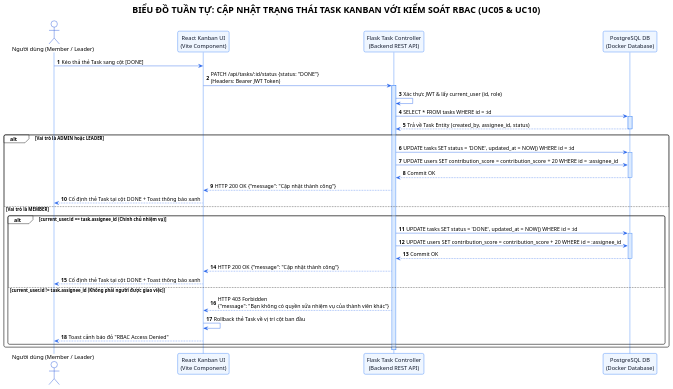
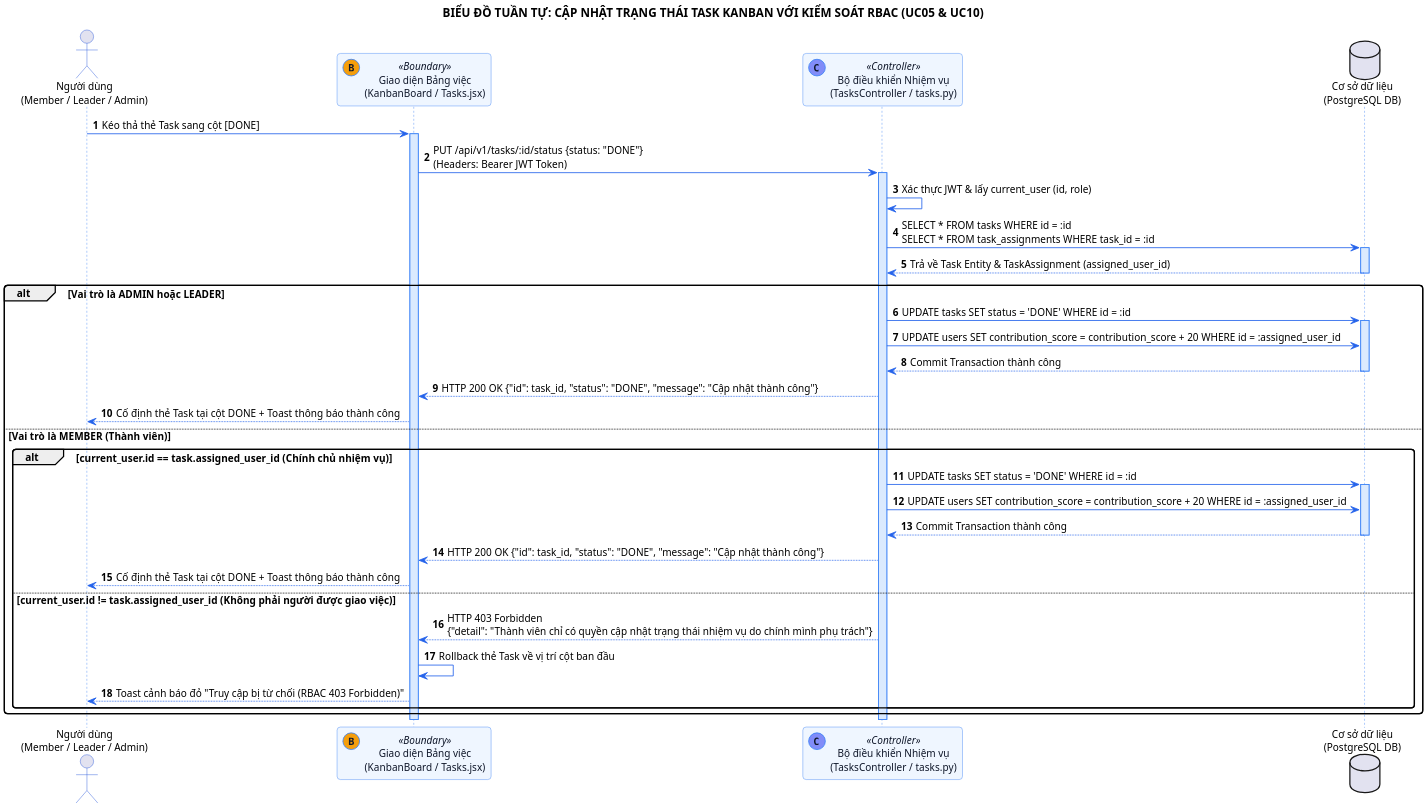
The diagram in docs/plantuml/sequence_kanban_rbac.puml (nda2801/Student_Club_Management), drawn with PlantUML before and after one commit. The commit also changed 310 other files, not shown here.

Commit message:
docs: update SDLC documentation, AI proofs, diagrams and system configuration

```diff
--- a/docs/plantuml/sequence_kanban_rbac.puml
+++ b/docs/plantuml/sequence_kanban_rbac.puml
@@ -1,64 +1,70 @@
 @startuml sequence_kanban_rbac
-!theme plain
 skinparam backgroundColor #FFFFFF
 skinparam shadowing false
 skinparam roundcorner 8
 skinparam defaultFontName "Segoe UI"
+skinparam defaultFontSize 12
+skinparam dpi 200
 
 skinparam sequence {
     ArrowColor #2563EB
     ActorBorderColor #1D4ED8
     LifeLineBorderColor #3B82F6
     LifeLineBackgroundColor #DBEAFE
     ParticipantBorderColor #3B82F6
     ParticipantBackgroundColor #EFF6FF
     ParticipantFontColor #0F172A
+    DatabaseBorderColor #475569
+    DatabaseBackgroundColor #F8FAFC
 }
 
 title **BIỂU ĐỒ TUẦN TỰ: CẬP NHẬT TRẠNG THÁI TASK KANBAN VỚI KIỂM SOÁT RBAC (UC05 & UC10)**
 
 autonumber
-actor "Người dùng (Member / Leader)" as User
-participant "React Kanban UI\n(Vite Component)" as UI
-participant "Flask Task Controller\n(Backend REST API)" as Controller
-participant "PostgreSQL DB\n(Docker Database)" as DB
+actor "Người dùng\n(Member / Leader / Admin)" as User
+participant "Giao diện Bảng việc\n(KanbanBoard / Tasks.jsx)" as UI << (B,#F59E0B) Boundary >>
+participant "Bộ điều khiển Nhiệm vụ\n(TasksController / tasks.py)" as TaskCtrl << (C,#818CF8) Controller >>
+database "Cơ sở dữ liệu\n(PostgreSQL DB)" as DB
 
 User -> UI : Kéo thả thẻ Task sang cột [DONE]
-UI -> Controller : PATCH /api/tasks/:id/status {status: "DONE"}\n(Headers: Bearer JWT Token)
+activate UI
 
-activate Controller
-Controller -> Controller : Xác thực JWT & lấy current_user (id, role)
+UI -> TaskCtrl : PUT /api/v1/tasks/:id/status {status: "DONE"}\n(Headers: Bearer JWT Token)
+activate TaskCtrl
 
-Controller -> DB : SELECT * FROM tasks WHERE id = :id
+TaskCtrl -> TaskCtrl : Xác thực JWT & lấy current_user (id, role)
+
+TaskCtrl -> DB : SELECT * FROM tasks WHERE id = :id\nSELECT * FROM task_assignments WHERE task_id = :id
 activate DB
-DB --> Controller : Trả về Task Entity (created_by, assignee_id, status)
+DB --> TaskCtrl : Trả về Task Entity & TaskAssignment (assigned_user_id)
 deactivate DB
 
 alt Vai trò là ADMIN hoặc LEADER
-    Controller -> DB : UPDATE tasks SET status = 'DONE', updated_at = NOW() WHERE id = :id
+    TaskCtrl -> DB : UPDATE tasks SET status = 'DONE' WHERE id = :id
     activate DB
-    Controller -> DB : UPDATE users SET contribution_score = contribution_score + 20 WHERE id = :assignee_id
-    DB --> Controller : Commit OK
+    TaskCtrl -> DB : UPDATE users SET contribution_score = contribution_score + 20 WHERE id = :assigned_user_id
+    DB --> TaskCtrl : Commit Transaction thành công
     deactivate DB
     
-    Controller --> UI : HTTP 200 OK {"message": "Cập nhật thành công"}
-    UI --> User : Cố định thẻ Task tại cột DONE + Toast thông báo xanh
-else Vai trò là MEMBER
-    alt current_user.id == task.assignee_id (Chính chủ nhiệm vụ)
-        Controller -> DB : UPDATE tasks SET status = 'DONE', updated_at = NOW() WHERE id = :id
+    TaskCtrl --> UI : HTTP 200 OK {"id": task_id, "status": "DONE", "message": "Cập nhật thành công"}
+    UI --> User : Cố định thẻ Task tại cột DONE + Toast thông báo thành công
+else Vai trò là MEMBER (Thành viên)
+    alt current_user.id == task.assigned_user_id (Chính chủ nhiệm vụ)
+        TaskCtrl -> DB : UPDATE tasks SET status = 'DONE' WHERE id = :id
         activate DB
-        Controller -> DB : UPDATE users SET contribution_score = contribution_score + 20 WHERE id = :assignee_id
-        DB --> Controller : Commit OK
+        TaskCtrl -> DB : UPDATE users SET contribution_score = contribution_score + 20 WHERE id = :assigned_user_id
+        DB --> TaskCtrl : Commit Transaction thành công
         deactivate DB
         
-        Controller --> UI : HTTP 200 OK {"message": "Cập nhật thành công"}
-        UI --> User : Cố định thẻ Task tại cột DONE + Toast thông báo xanh
-    else current_user.id != task.assignee_id (Không phải người được giao việc)
-        Controller --> UI : HTTP 403 Forbidden\n{"message": "Bạn không có quyền sửa nhiệm vụ của thành viên khác"}
+        TaskCtrl --> UI : HTTP 200 OK {"id": task_id, "status": "DONE", "message": "Cập nhật thành công"}
+        UI --> User : Cố định thẻ Task tại cột DONE + Toast thông báo thành công
+    else current_user.id != task.assigned_user_id (Không phải người được giao việc)
+        TaskCtrl --> UI : HTTP 403 Forbidden\n{"detail": "Thành viên chỉ có quyền cập nhật trạng thái nhiệm vụ do chính mình phụ trách"}
         UI -> UI : Rollback thẻ Task về vị trí cột ban đầu
-        UI --> User : Toast cảnh báo đỏ "RBAC Access Denied"
+        UI --> User : Toast cảnh báo đỏ "Truy cập bị từ chối (RBAC 403 Forbidden)"
     end
 end
-deactivate Controller
+deactivate TaskCtrl
+deactivate UI
 
 @enduml
```
